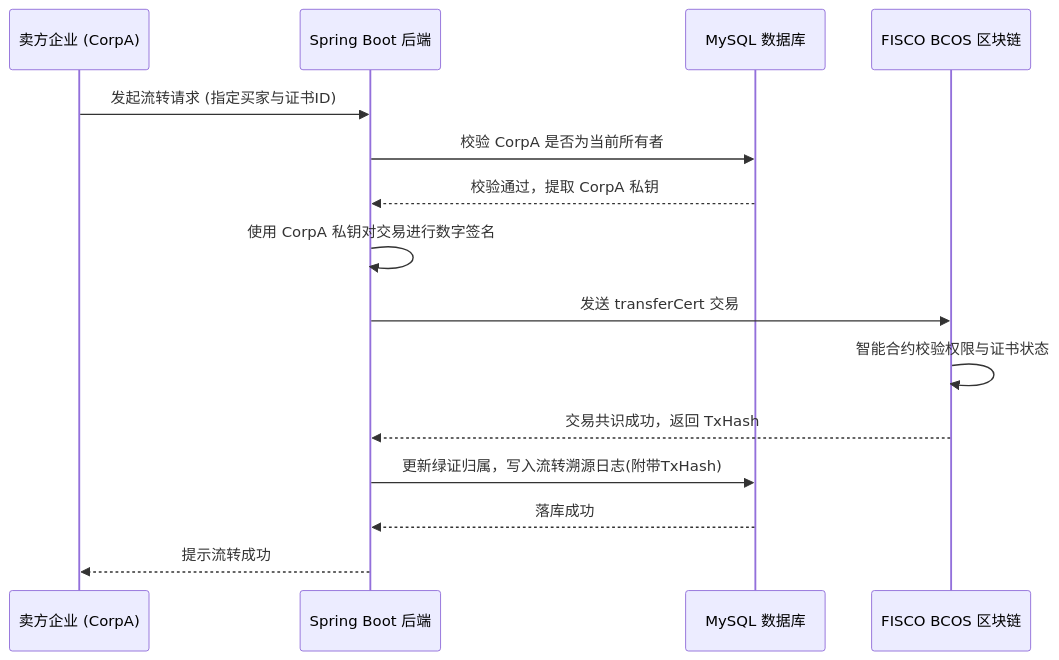
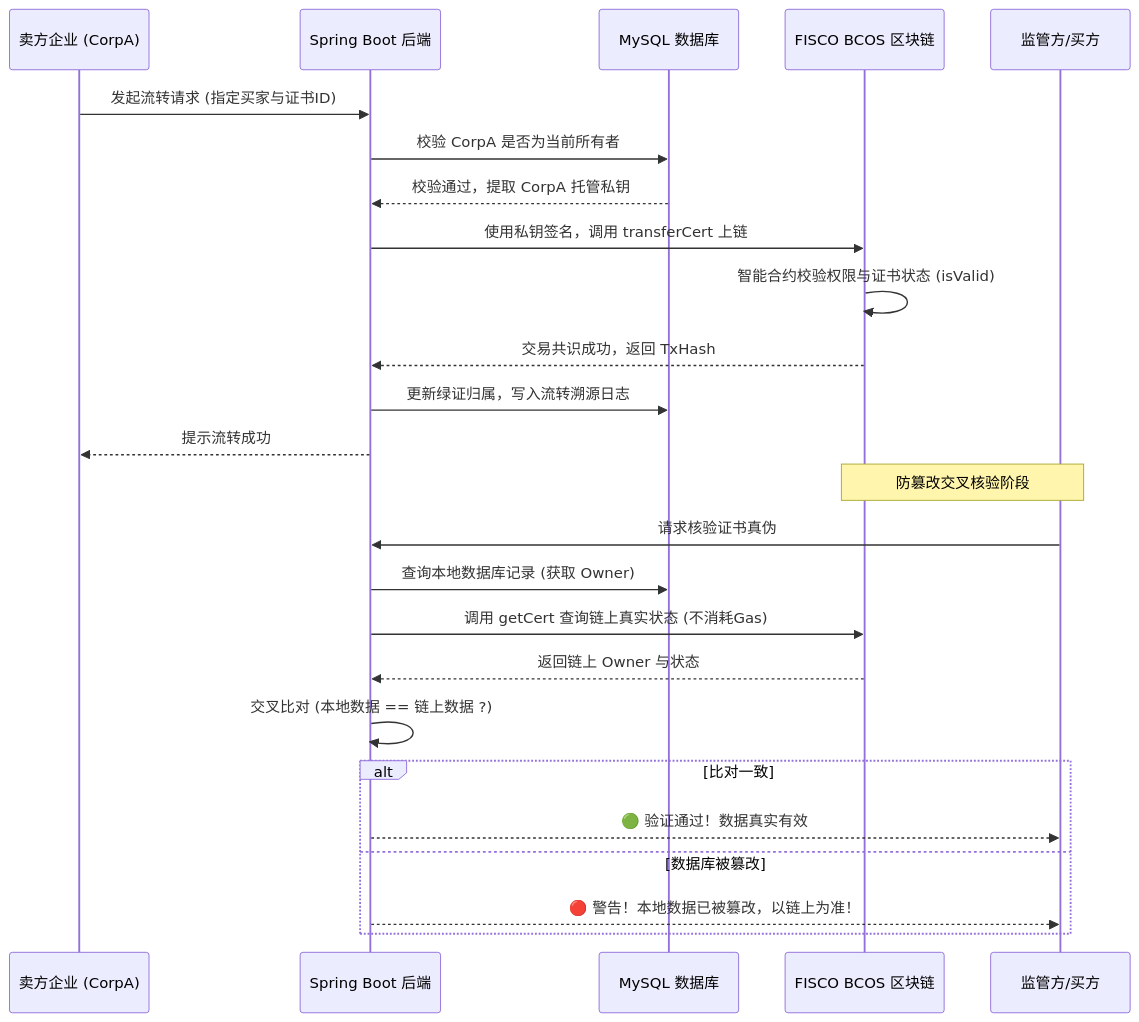
The second of 2 diagrams in README.md (AndyXuPrime/BlockChainGreenCert), drawn with Mermaid before and after one commit. The commit also changed other lines of this file, not shown here.

````diff
--- a/README.md
+++ b/README.md
@@ -57,18 +59,29 @@
 ```mermaid
 sequenceDiagram
     participant CorpA as 卖方企业 (CorpA)
     participant SB as Spring Boot 后端
     participant DB as MySQL 数据库
     participant Chain as FISCO BCOS 区块链
+    participant Public as 监管方/买方
 
     CorpA->>SB: 发起流转请求 (指定买家与证书ID)
     SB->>DB: 校验 CorpA 是否为当前所有者
-    DB-->>SB: 校验通过，提取 CorpA 私钥
-    SB->>SB: 使用 CorpA 私钥对交易进行数字签名
-    SB->>Chain: 发送 transferCert 交易
-    Chain->>Chain: 智能合约校验权限与证书状态
+    DB-->>SB: 校验通过，提取 CorpA 托管私钥
+    SB->>Chain: 使用私钥签名，调用 transferCert 上链
+    Chain->>Chain: 智能合约校验权限与证书状态 (isValid)
     Chain-->>SB: 交易共识成功，返回 TxHash
-    SB->>DB: 更新绿证归属，写入流转溯源日志(附带TxHash)
-    DB-->>SB: 落库成功
+    SB->>DB: 更新绿证归属，写入流转溯源日志
     SB-->>CorpA: 提示流转成功
+
+    Note over Public,Chain: 防篡改交叉核验阶段
+    Public->>SB: 请求核验证书真伪
+    SB->>DB: 查询本地数据库记录 (获取 Owner)
+    SB->>Chain: 调用 getCert 查询链上真实状态 (不消耗Gas)
+    Chain-->>SB: 返回链上 Owner 与状态
+    SB->>SB: 交叉比对 (本地数据 == 链上数据 ?)
+    alt 比对一致
+        SB-->>Public: 🟢 验证通过！数据真实有效
+    else 数据库被篡改
+        SB-->>Public: 🔴 警告！本地数据已被篡改，以链上为准！
+    end
 ```
````
